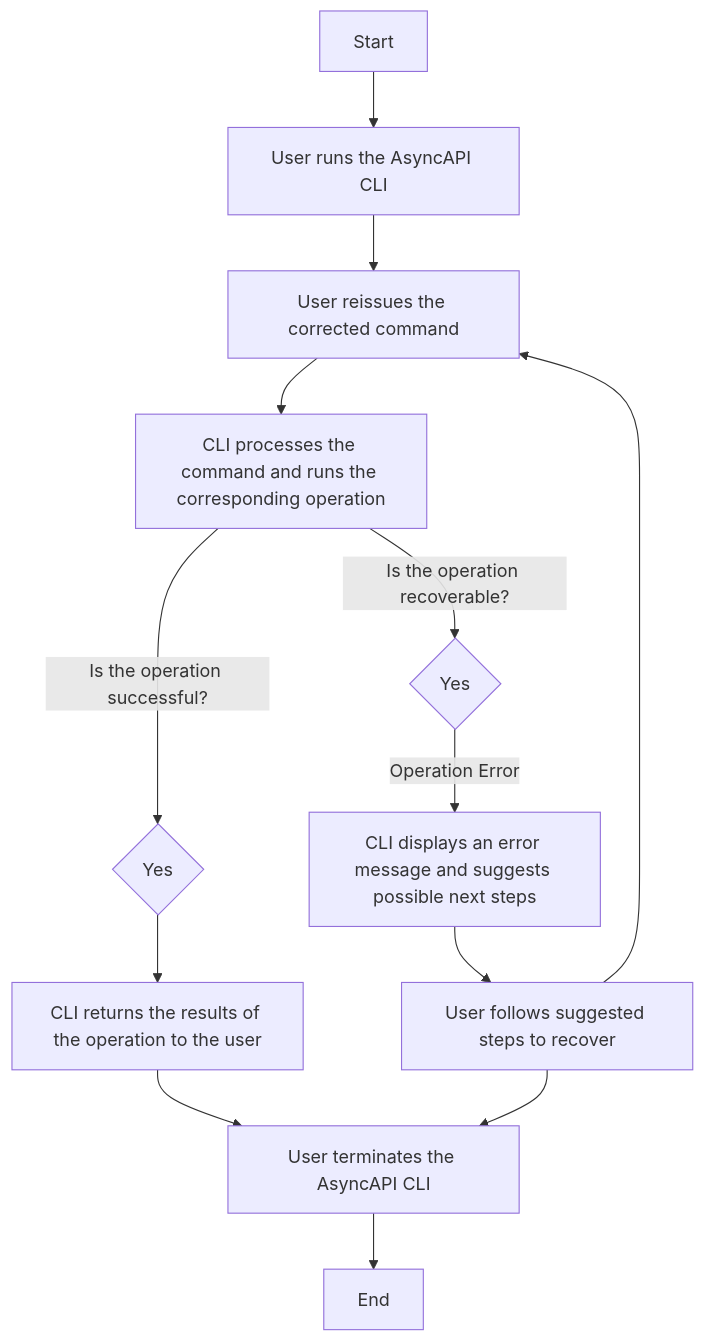
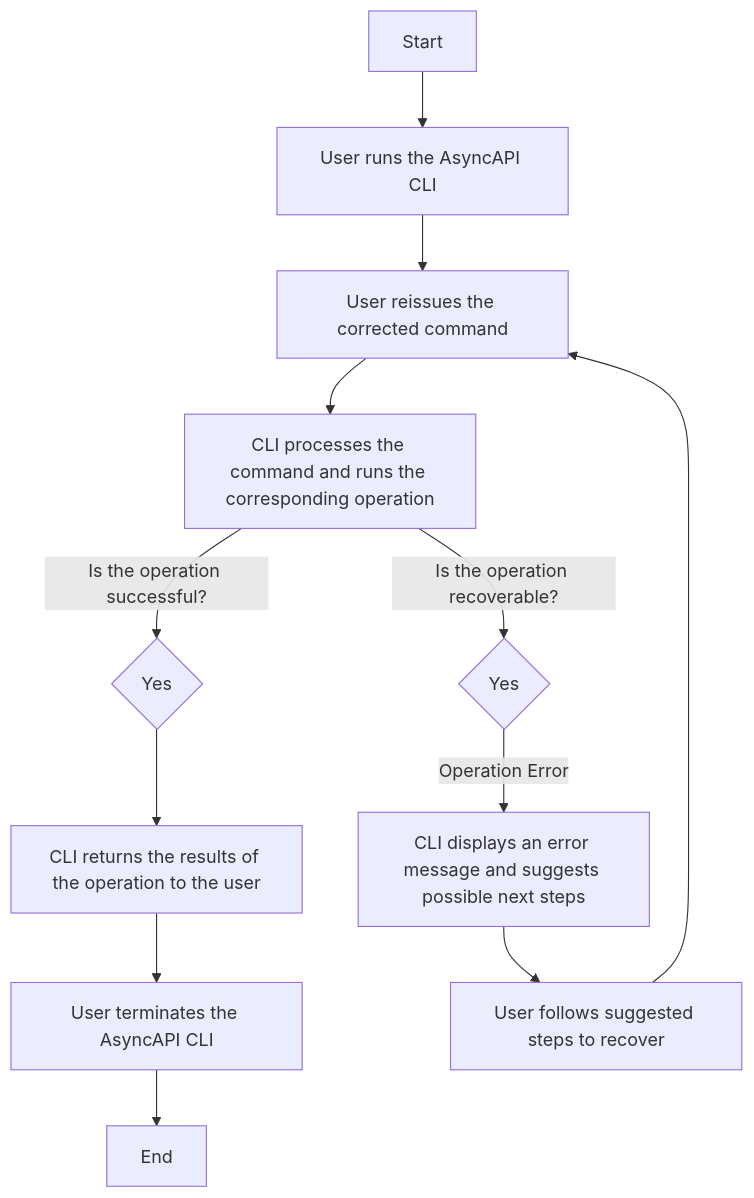
The second of 2 diagrams in docs/index.md (asyncapi/cli), drawn with Mermaid before and after one commit. The commit also changed other lines of this file, not shown here.

````diff
--- a/docs/index.md
+++ b/docs/index.md
@@ -60,15 +58,14 @@
 ```mermaid
 graph TD;
 A[Start] --> B[User runs the AsyncAPI CLI]
 B --> C[User issues a command]
 C --> D[CLI processes the command and runs the corresponding operation]
 D --> |Is the operation successful?| E{Yes}
 D --> |Is the operation recoverable?| F{Yes}
 E --> G[CLI returns the results of the operation to the user]
 F --> |Operation Error| H[CLI displays an error message and suggests possible next steps]
 G --> J[User receives the results]
 H --> I[User follows suggested steps to recover]
 I --> C[User reissues the corrected command]
-I --> J
 J[User terminates the AsyncAPI CLI] --> K[End]
 ```
````
